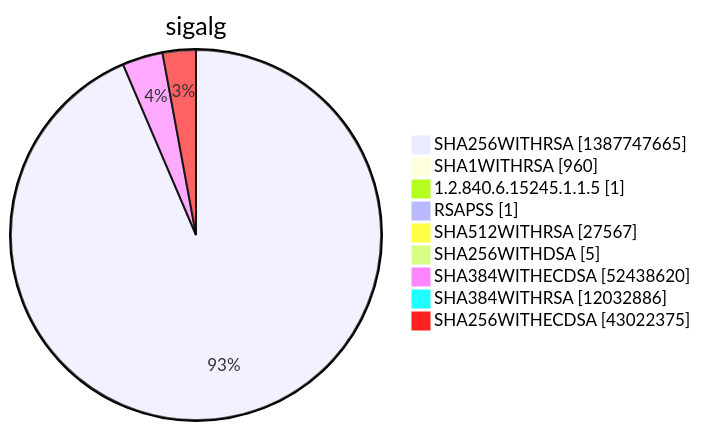
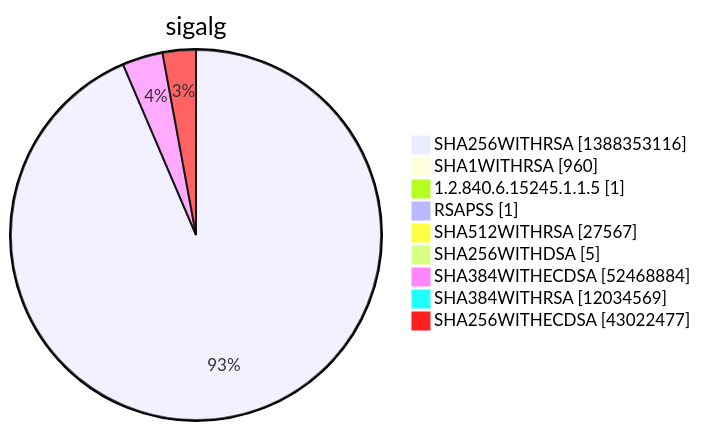
One commit to christiankrug/ctmonitor_visualization changed diagram 15 of 15 in argon2022/README.md. Above: the diagram before and after it, drawn with Mermaid. The commit also changed other lines of this file, not shown here.

````diff
--- a/argon2022/README.md
+++ b/argon2022/README.md
@@ -5524,13 +5524,13 @@
 ```mermaid
 pie showData
 title sigalg
-"SHA256WITHRSA" :1387747665
+"SHA256WITHRSA" :1388353116
 "SHA1WITHRSA" :960
 "1.2.840.6.15245.1.1.5" :1
 "RSAPSS" :1
 "SHA512WITHRSA" :27567
 "SHA256WITHDSA" :5
-"SHA384WITHECDSA" :52438620
-"SHA384WITHRSA" :12032886
-"SHA256WITHECDSA" :43022375
+"SHA384WITHECDSA" :52468884
+"SHA384WITHRSA" :12034569
+"SHA256WITHECDSA" :43022477
 ```
````
